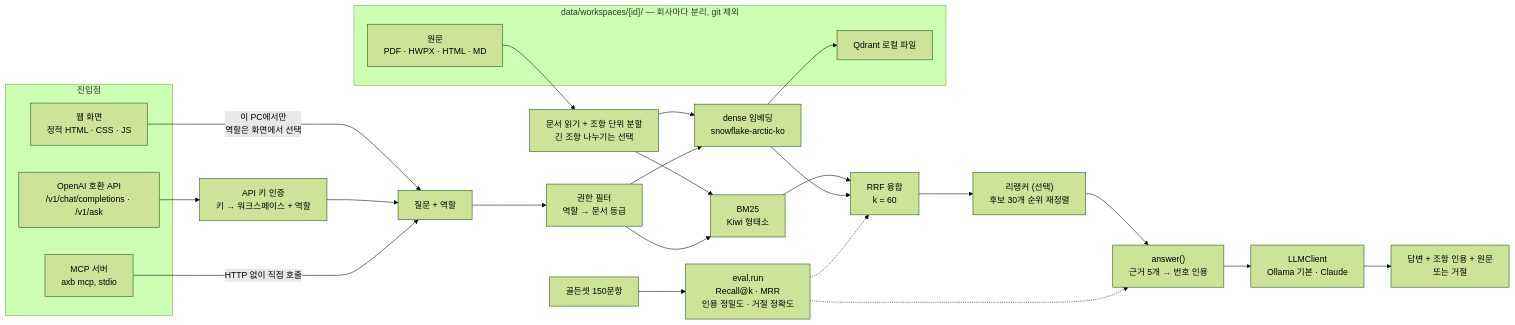
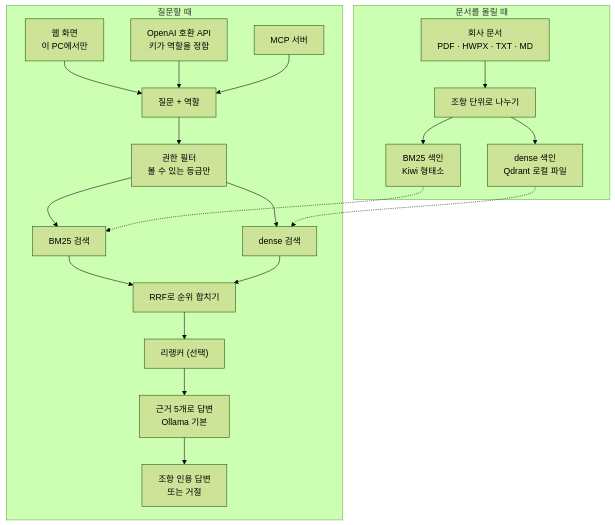
The diagram in README.md (Growcompany/ax-assistant-builder), drawn with Mermaid (forest theme) before and after one commit. The commit also changed other lines of this file, not shown here.

````diff
--- a/README.md
+++ b/README.md
@@ -221,32 +221,23 @@
 ```mermaid
-flowchart LR
-    subgraph IN["진입점"]
-        UI["웹 화면<br/>정적 HTML · CSS · JS"]
-        V1["OpenAI 호환 API<br/>/v1/chat/completions · /v1/ask"]
-        MCP["MCP 서버<br/>axb mcp, stdio"]
+flowchart TD
+    subgraph INDEX["문서를 올릴 때"]
+        DOC["회사 문서<br/>PDF · HWPX · TXT · MD"] --> CHUNK["조항 단위로 나누기"]
+        CHUNK --> DIDX["dense 색인<br/>Qdrant 로컬 파일"]
+        CHUNK --> BIDX["BM25 색인<br/>Kiwi 형태소"]
     end
-    UI -->|"이 PC에서만<br/>역할은 화면에서 선택"| Q
-    V1 --> KEY["API 키 인증<br/>키 → 워크스페이스 + 역할"]
-    KEY --> Q
-    MCP -->|"HTTP 없이 직접 호출"| Q
-    subgraph WS["data/workspaces/{id}/ — 회사마다 분리, git 제외"]
-        RAW["원문<br/>PDF · HWPX · HTML · MD"]
-        IDX["Qdrant 로컬 파일"]
+    subgraph ASK["질문할 때"]
+        UI["웹 화면<br/>이 PC에서만"] --> Q["질문 + 역할"]
+        V1["OpenAI 호환 API<br/>키가 역할을 정함"] --> Q
+        MCP["MCP 서버"] --> Q
+        Q --> ACL["권한 필터<br/>볼 수 있는 등급만"]
+        ACL --> BM["BM25 검색"]
+        ACL --> DN["dense 검색"]
+        BM --> RRF["RRF로 순위 합치기"]
+        DN --> RRF
+        RRF --> RR["리랭커 (선택)"]
+        RR --> GEN["근거 5개로 답변<br/>Ollama 기본"]
+        GEN --> OUT["조항 인용 답변<br/>또는 거절"]
     end
-    RAW --> CHUNK["문서 읽기 + 조항 단위 분할<br/>긴 조항 나누기는 선택"]
-    CHUNK --> BM25["BM25<br/>Kiwi 형태소"]
-    CHUNK --> DENSE["dense 임베딩<br/>snowflake-arctic-ko"]
-    DENSE --> IDX
-    Q["질문 + 역할"] --> ACL["권한 필터<br/>역할 → 문서 등급"]
-    ACL --> BM25
-    ACL --> DENSE
-    BM25 --> RRF["RRF 융합<br/>k = 60"]
-    DENSE --> RRF
-    RRF --> RERANK["리랭커 (선택)<br/>후보 30개 순위 재정렬"]
-    RERANK --> ANS["answer()<br/>근거 5개 → 번호 인용"]
-    ANS --> LLM["LLMClient<br/>Ollama 기본 · Claude"]
-    LLM --> OUT["답변 + 조항 인용 + 원문<br/>또는 거절"]
-    GOLD["골든셋 150문항"] --> EVAL["eval.run<br/>Recall@k · MRR<br/>인용 정밀도 · 거절 정확도"]
-    EVAL -.-> RRF
-    EVAL -.-> ANS
+    BIDX -.-> BM
+    DIDX -.-> DN
 ```
````
